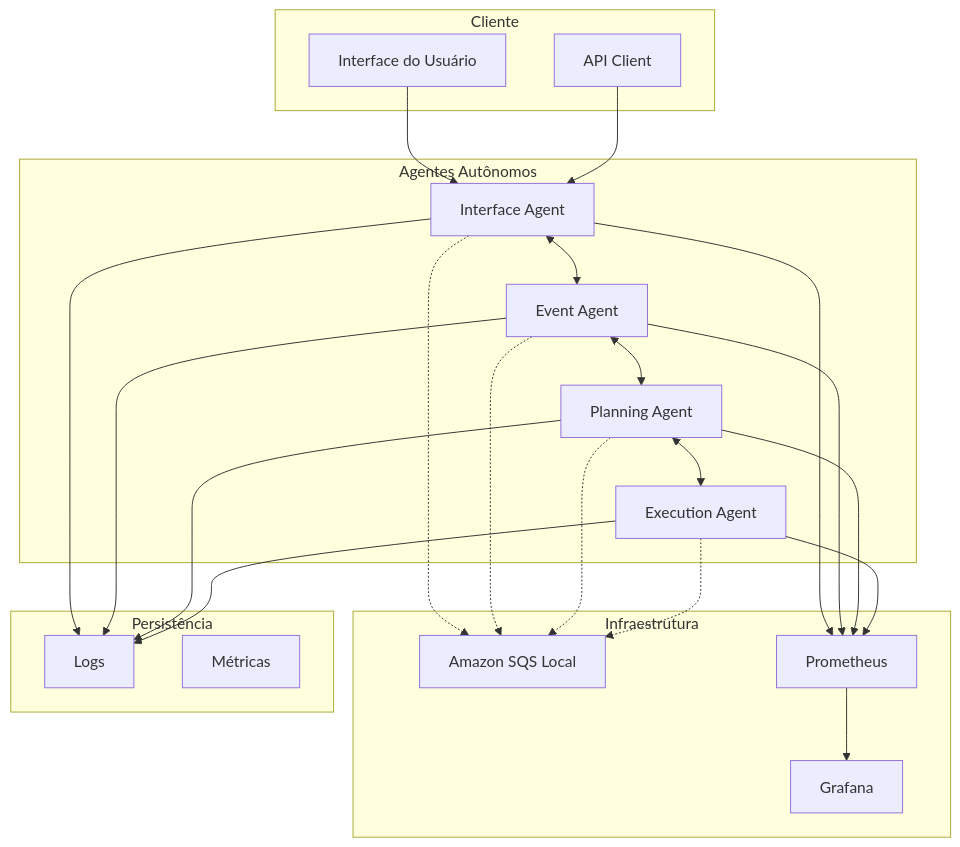
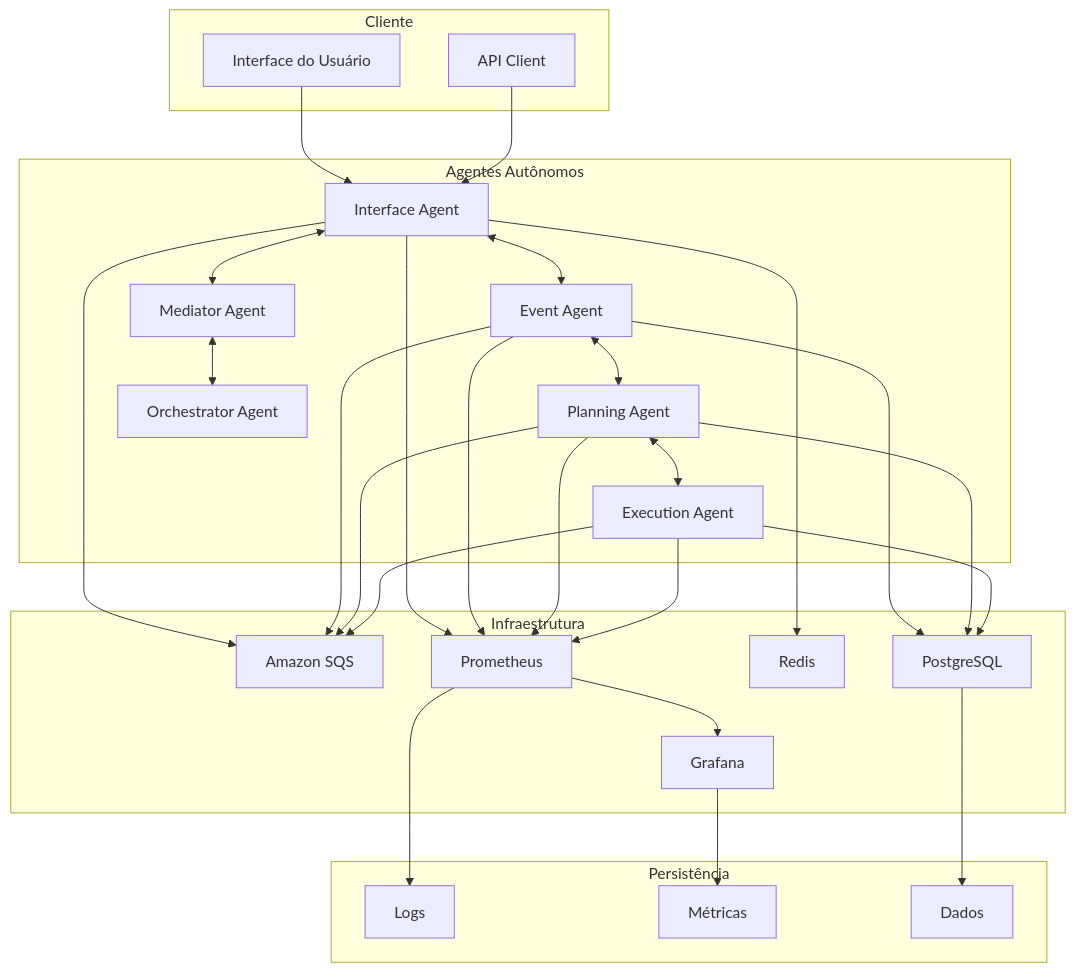
One commit to leandroclf/agentesautonomos changed the first of 7 diagrams in docs/ARCHITECTURE.md. Above: the diagram before and after it, drawn with Mermaid. The commit also changed other lines of this file and 42 other files, not shown here.

````diff
--- a/docs/ARCHITECTURE.md
+++ b/docs/ARCHITECTURE.md
@@ -21,49 +25,60 @@
 ```mermaid
 graph TB
     subgraph "Cliente"
         UI[Interface do Usuário]
         API[API Client]
     end
     
     subgraph "Agentes Autônomos"
         IA[Interface Agent]
         EA[Event Agent]
         PA[Planning Agent]
         EXA[Execution Agent]
+        MA[Mediator Agent]
+        OA[Orchestrator Agent]
     end
     
     subgraph "Infraestrutura"
-        SQS[Amazon SQS Local]
+        SQS[Amazon SQS]
         PROM[Prometheus]
         GRAF[Grafana]
+        REDIS[Redis]
+        PG[PostgreSQL]
     end
     
     subgraph "Persistência"
         LOGS[Logs]
         METRICS[Métricas]
+        DATA[Dados]
     end
     
     UI --> IA
     API --> IA
     
     IA <--> EA
     EA <--> PA
     PA <--> EXA
+    IA <--> MA
+    MA <--> OA
     
-    IA -.-> SQS
-    EA -.-> SQS
-    PA -.-> SQS
-    EXA -.-> SQS
+    IA --> SQS
+    EA --> SQS
+    PA --> SQS
+    EXA --> SQS
     
     IA --> PROM
     EA --> PROM
     PA --> PROM
     EXA --> PROM
     
     PROM --> GRAF
     
-    IA --> LOGS
-    EA --> LOGS
-    PA --> LOGS
-    EXA --> LOGS
+    IA --> REDIS
+    EA --> PG
+    PA --> PG
+    EXA --> PG
+    
+    PROM --> LOGS
+    GRAF --> METRICS
+    PG --> DATA
 ```
````
